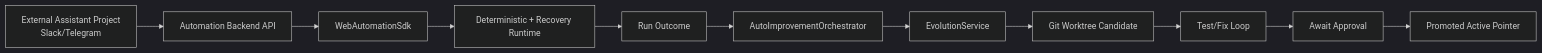
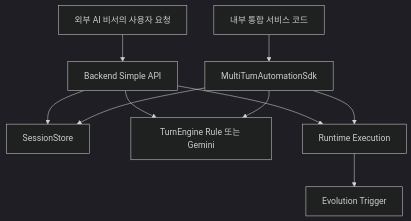
Before and after one commit to jedikim/web-testing: the diagram in doc/CODEX-SDK-BACKEND-USAGE.md, drawn with Mermaid (dark theme). The commit also changed other lines of this file and 28 other files, not shown here.

Commit message:
feat(runtime): add dual-mode backend session API and multiturn sdk

````diff
--- a/doc/CODEX-SDK-BACKEND-USAGE.md
+++ b/doc/CODEX-SDK-BACKEND-USAGE.md
@@ -17,13 +16,13 @@
 ```mermaid
-flowchart LR
-    A[External Assistant Project\nSlack/Telegram] --> B[Automation Backend API]
-    B --> C[WebAutomationSdk]
-    C --> D[Deterministic + Recovery Runtime]
-    D --> E[Run Outcome]
-    E --> F[AutoImprovementOrchestrator]
-    F --> G[EvolutionService]
-    G --> H[Git Worktree Candidate]
-    H --> I[Test/Fix Loop]
-    I --> J[Await Approval]
-    J --> K[Promoted Active Pointer]
+flowchart TD
+    U[외부 AI 비서의 사용자 요청] --> B[Backend Simple API]
+    B --> S[SessionStore]
+    B --> T[TurnEngine Rule 또는 Gemini]
+    B --> R[Runtime Execution]
+    R --> E[Evolution Trigger]
+
+    I[내부 통합 서비스 코드] --> D[MultiTurnAutomationSdk]
+    D --> S
+    D --> T
+    D --> R
 ```
````
